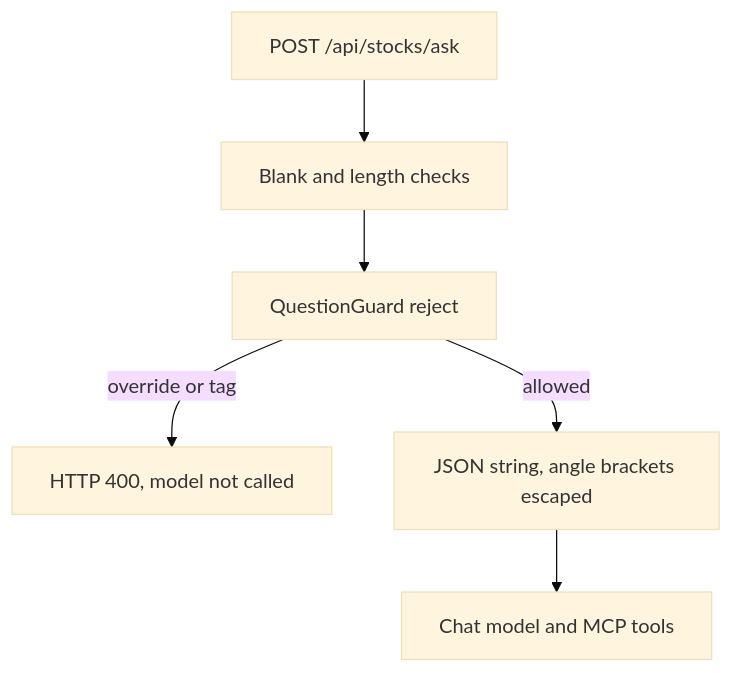
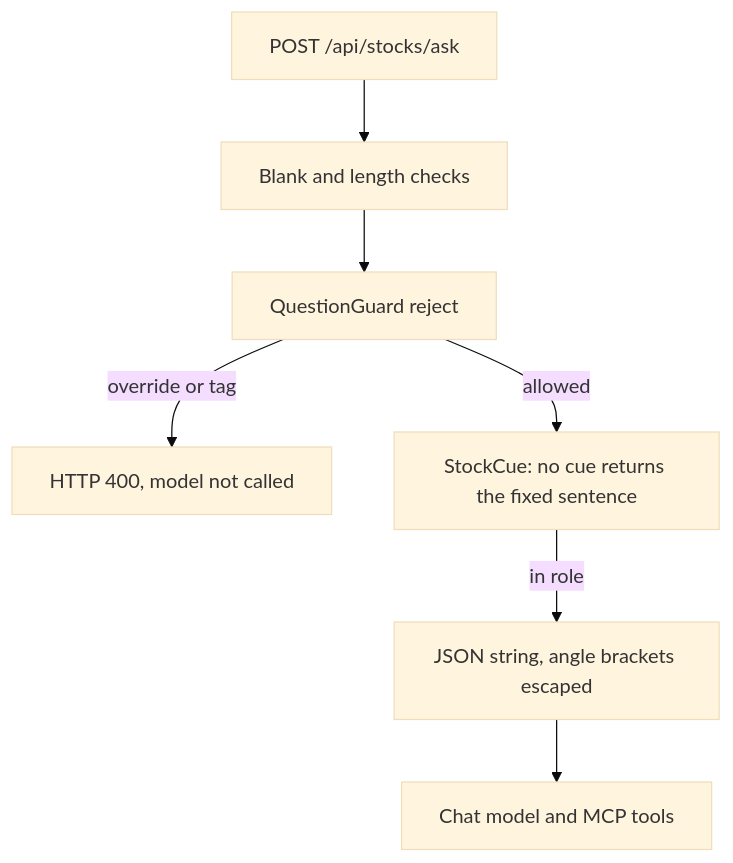
Before and after one commit to tufangorel/spring-boot-ai-stock-mcp: the fourth of 7 diagrams in README.md, drawn with Mermaid (base theme). The commit also changed other lines of this file and 4 other files, not shown here.

````diff
--- a/README.md
+++ b/README.md
@@ -566,8 +573,9 @@
 ```mermaid
 flowchart TD
     Request["POST /api/stocks/ask"] --> Length["Blank and length checks"]
     Length --> Guard["QuestionGuard reject"]
     Guard -->|override or tag| Reject["HTTP 400, model not called"]
-    Guard -->|allowed| Encode["JSON string, angle brackets escaped"]
+    Guard -->|allowed| Cue["StockCue: no cue returns the fixed sentence"]
+    Cue -->|in role| Encode["JSON string, angle brackets escaped"]
     Encode --> Model["Chat model and MCP tools"]
 ```
````
